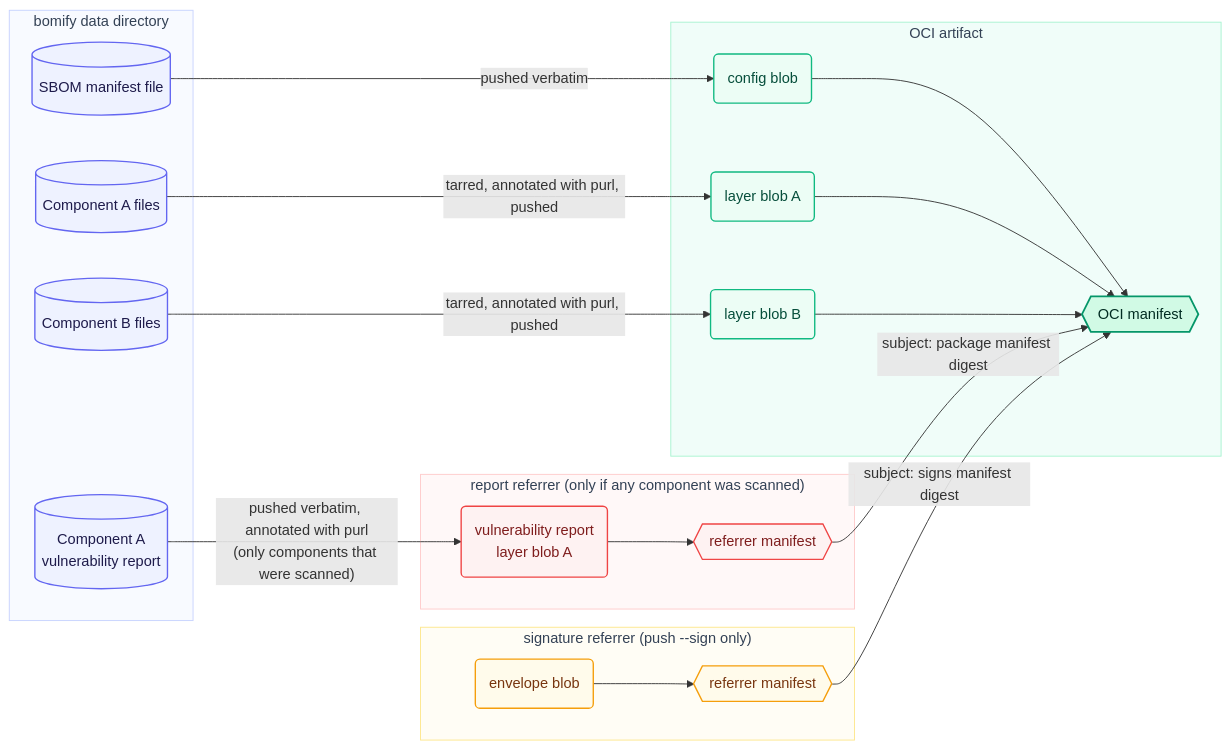
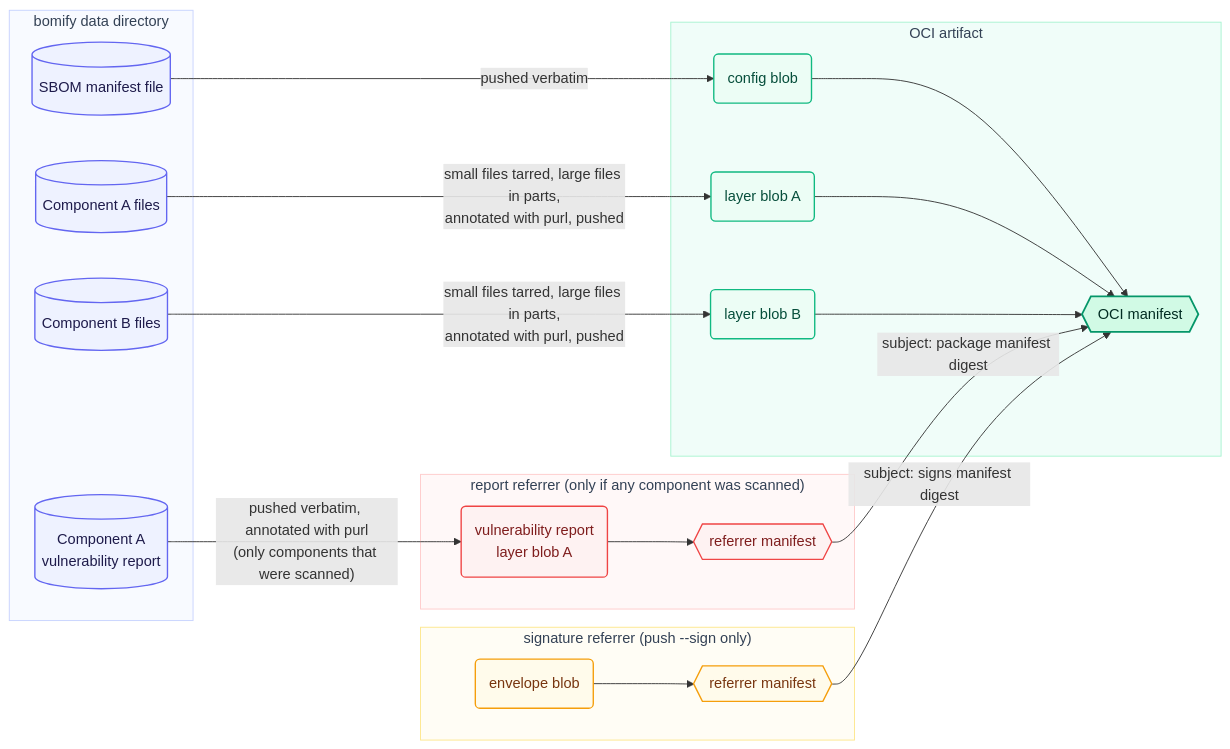
Before and after one commit to alejandro-velasco/bomify: the diagram in docs/diagrams/oci-artifact.mmd, drawn with Mermaid. The commit also changed 26 other files, not shown here.

```diff
--- a/docs/diagrams/oci-artifact.mmd
+++ b/docs/diagrams/oci-artifact.mmd
@@ -1,52 +1,52 @@
 flowchart LR
     classDef local fill:#EEF2FF,stroke:#6366F1,stroke-width:1.5px,color:#1e1b4b
     classDef oci fill:#ECFDF5,stroke:#10B981,stroke-width:1.5px,color:#064e3b
     classDef ociFinal fill:#D1FAE5,stroke:#059669,stroke-width:2px,color:#022c22
     classDef sig fill:#FFFBEB,stroke:#F59E0B,stroke-width:1.5px,color:#78350f
     classDef vuln fill:#FEF2F2,stroke:#EF4444,stroke-width:1.5px,color:#7f1d1d
 
     subgraph Local["bomify data directory"]
         SBOM[("SBOM manifest file")]
         C1[("Component A files")]
         C2[("Component B files")]
         V1[("Component A<br/>vulnerability report")]
     end
 
     subgraph OCI["OCI artifact"]
         Config("config blob")
         Layer1("layer blob A")
         Layer2("layer blob B")
         Manifest{{"OCI manifest"}}
     end
 
     subgraph Reports["report referrer (only if any component was scanned)"]
         Vuln1("vulnerability report<br/>layer blob A")
         ReportManifest{{"referrer manifest"}}
     end
 
     subgraph Referrer["signature referrer (push --sign only)"]
         Envelope("envelope blob")
         SigManifest{{"referrer manifest"}}
     end
 
     SBOM -- "pushed verbatim" --> Config
-    C1 -- "tarred, annotated with purl, pushed" --> Layer1
-    C2 -- "tarred, annotated with purl, pushed" --> Layer2
+    C1 -- "small files tarred, large files in parts,<br/>annotated with purl, pushed" --> Layer1
+    C2 -- "small files tarred, large files in parts,<br/>annotated with purl, pushed" --> Layer2
     V1 -- "pushed verbatim, annotated with purl<br/>(only components that were scanned)" --> Vuln1
     Config --> Manifest
     Layer1 --> Manifest
     Layer2 --> Manifest
     Vuln1 --> ReportManifest
     ReportManifest -- "subject: package manifest digest" --> Manifest
     Envelope --> SigManifest
     SigManifest -- "subject: signs manifest digest" --> Manifest
 
     class SBOM,C1,C2,V1 local
     class Config,Layer1,Layer2 oci
     class Manifest ociFinal
     class Vuln1,ReportManifest vuln
     class Envelope,SigManifest sig
     style Local fill:#F8FAFF,stroke:#C7D2FE,stroke-width:1px,color:#334155
     style OCI fill:#F0FDF9,stroke:#A7F3D0,stroke-width:1px,color:#334155
     style Reports fill:#FFF8F8,stroke:#FECACA,stroke-width:1px,color:#334155
     style Referrer fill:#FFFDF5,stroke:#FDE68A,stroke-width:1px,color:#334155
```
